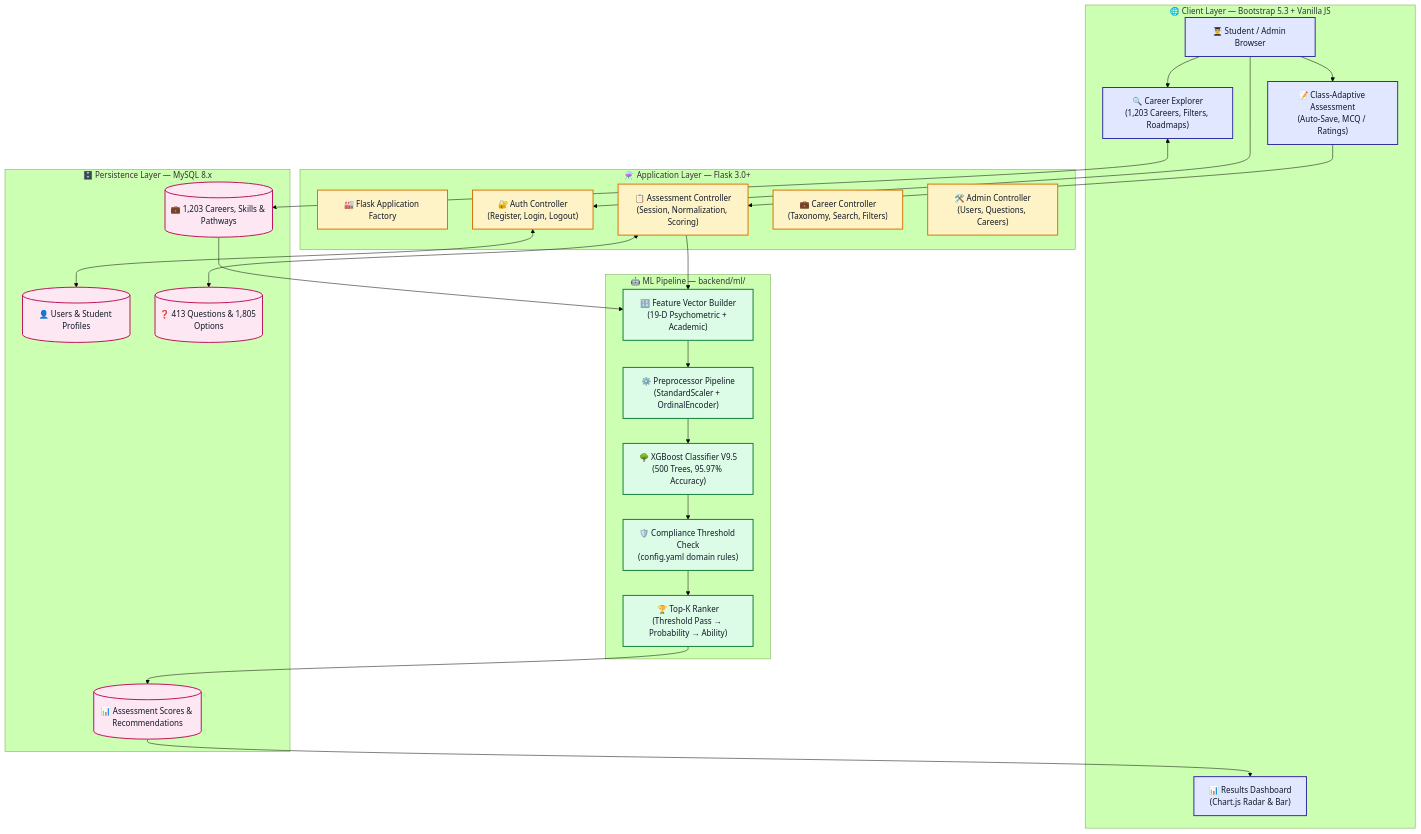
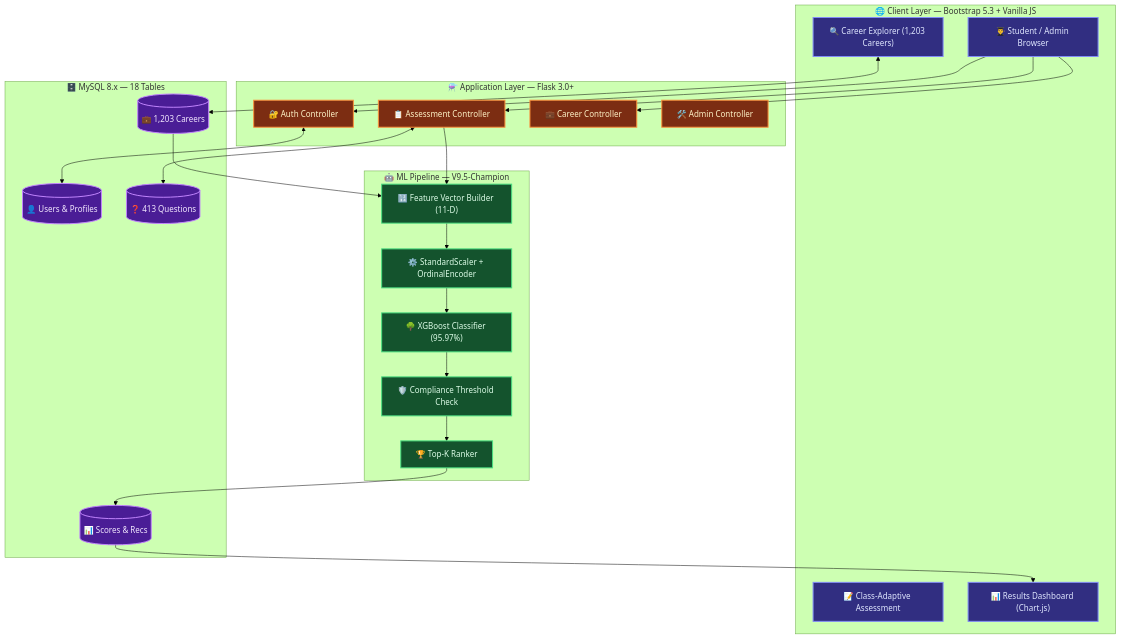
One commit to AMB-007/Personalized-Career-Recommendation-System-Using-Machine-Learning changed the first of 2 diagrams in README.md. Above: the diagram before and after it, drawn with Mermaid (forest theme). The commit also changed other lines of this file and 1 other file, not shown here.

Commit message:
docs: add AI-generated banner + full color README with badges, alerts and visual tables

````diff
--- a/README.md
+++ b/README.md
@@ -126,50 +129,45 @@
 ```mermaid
 flowchart TB
-    classDef client  fill:#E0E7FF,stroke:#3730A3,stroke-width:2px,color:#111827
-    classDef flask   fill:#FEF3C7,stroke:#D97706,stroke-width:2px,color:#111827
-    classDef ml      fill:#DCFCE7,stroke:#15803D,stroke-width:2px,color:#111827
-    classDef db      fill:#FCE7F3,stroke:#BE185D,stroke-width:2px,color:#111827
+    classDef client  fill:#312E81,stroke:#818CF8,stroke-width:2px,color:#E0E7FF
+    classDef flask   fill:#7C2D12,stroke:#FB923C,stroke-width:2px,color:#FEF3C7
+    classDef ml      fill:#14532D,stroke:#4ADE80,stroke-width:2px,color:#DCFCE7
+    classDef db      fill:#4A1D96,stroke:#C084FC,stroke-width:2px,color:#F3E8FF
 
     subgraph Client [" 🌐 Client Layer — Bootstrap 5.3 + Vanilla JS "]
         A["👨‍🎓 Student / Admin Browser"]:::client
-        A1["📝 Class-Adaptive Assessment<br/>(Auto-Save, MCQ / Ratings)"]:::client
-        A2["📊 Results Dashboard<br/>(Chart.js Radar & Bar)"]:::client
-        A3["🔍 Career Explorer<br/>(1,203 Careers, Filters, Roadmaps)"]:::client
+        A1["📝 Class-Adaptive Assessment"]:::client
+        A2["📊 Results Dashboard (Chart.js)"]:::client
+        A3["🔍 Career Explorer (1,203 Careers)"]:::client
     end
 
     subgraph App [" ⚗️ Application Layer — Flask 3.0+ "]
-        B["🏭 Flask Application Factory"]:::flask
-        B1["🔐 Auth Controller<br/>(Register, Login, Logout)"]:::flask
-        B2["📋 Assessment Controller<br/>(Session, Normalization, Scoring)"]:::flask
-        B3["💼 Career Controller<br/>(Taxonomy, Search, Filters)"]:::flask
-        B4["🛠️ Admin Controller<br/>(Users, Questions, Careers)"]:::flask
+        B1["🔐 Auth Controller"]:::flask
+        B2["📋 Assessment Controller"]:::flask
+        B3["💼 Career Controller"]:::flask
+        B4["🛠️ Admin Controller"]:::flask
     end
 
-    subgraph ML [" 🤖 ML Pipeline — backend/ml/ "]
-        C1["🔢 Feature Vector Builder<br/>(19-D Psychometric + Academic)"]:::ml
-        C2["⚙️ Preprocessor Pipeline<br/>(StandardScaler + OrdinalEncoder)"]:::ml
-        C3["🌳 XGBoost Classifier V9.5<br/>(500 Trees, 95.97% Accuracy)"]:::ml
-        C4["🛡️ Compliance Threshold Check<br/>(config.yaml domain rules)"]:::ml
-        C5["🏆 Top-K Ranker<br/>(Threshold Pass → Probability → Ability)"]:::ml
+    subgraph ML [" 🤖 ML Pipeline — V9.5-Champion "]
+        C1["🔢 Feature Vector Builder (11-D)"]:::ml
+        C2["⚙️ StandardScaler + OrdinalEncoder"]:::ml
+        C3["🌳 XGBoost Classifier (95.97%)"]:::ml
+        C4["🛡️ Compliance Threshold Check"]:::ml
+        C5["🏆 Top-K Ranker"]:::ml
     end
 
-    subgraph DB [" 🗄️ Persistence Layer — MySQL 8.x "]
-        D1[("👤 Users & Student Profiles")]:::db
-        D2[("❓ 413 Questions & 1,805 Options")]:::db
-        D3[("💼 1,203 Careers, Skills & Pathways")]:::db
-        D4[("📊 Assessment Scores & Recommendations")]:::db
+    subgraph DB [" 🗄️ MySQL 8.x — 18 Tables "]
+        D1[("👤 Users & Profiles")]:::db
+        D2[("❓ 413 Questions")]:::db
+        D3[("💼 1,203 Careers")]:::db
+        D4[("📊 Scores & Recs")]:::db
     end
 
-    A --> B1
+    A --> B1 & B2 & B3
     B1 <--> D1
-    A --> A1
-    A1 --> B2
     B2 <--> D2
     B2 --> C1
     D3 --> C1
     C1 --> C2 --> C3 --> C4 --> C5
-    C5 --> D4
-    D4 --> A2
-    A --> A3
+    C5 --> D4 --> A2
     A3 <--> D3
 ```
````
